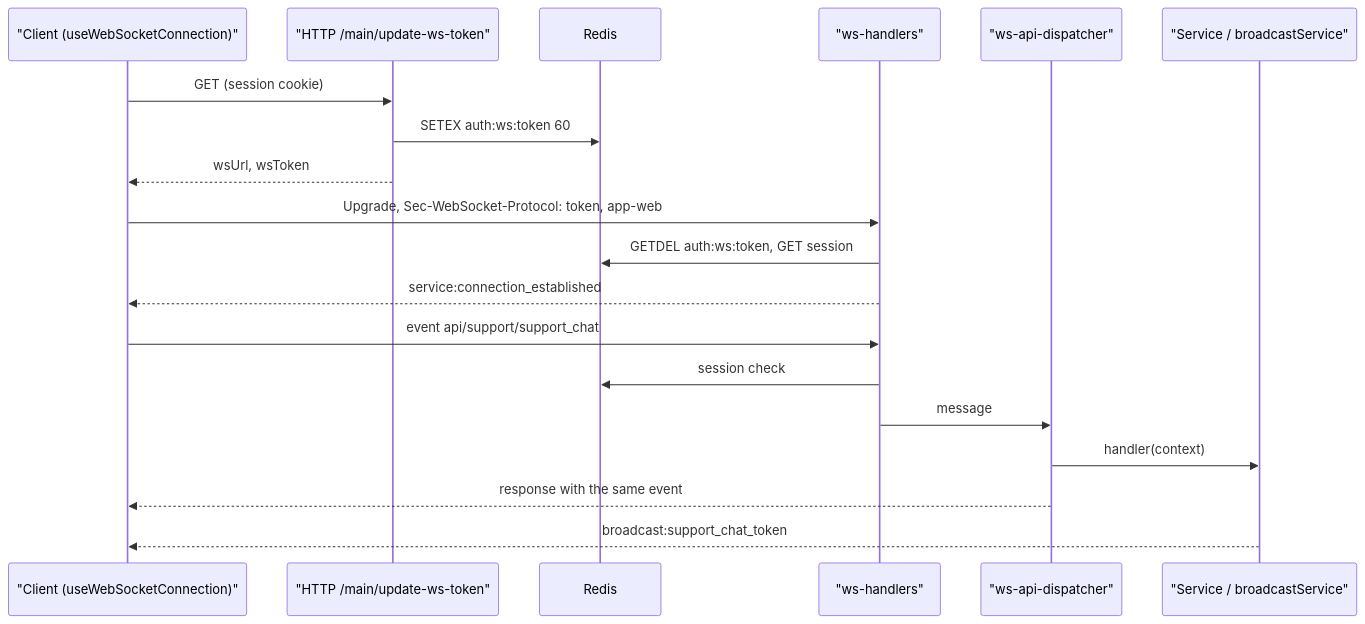
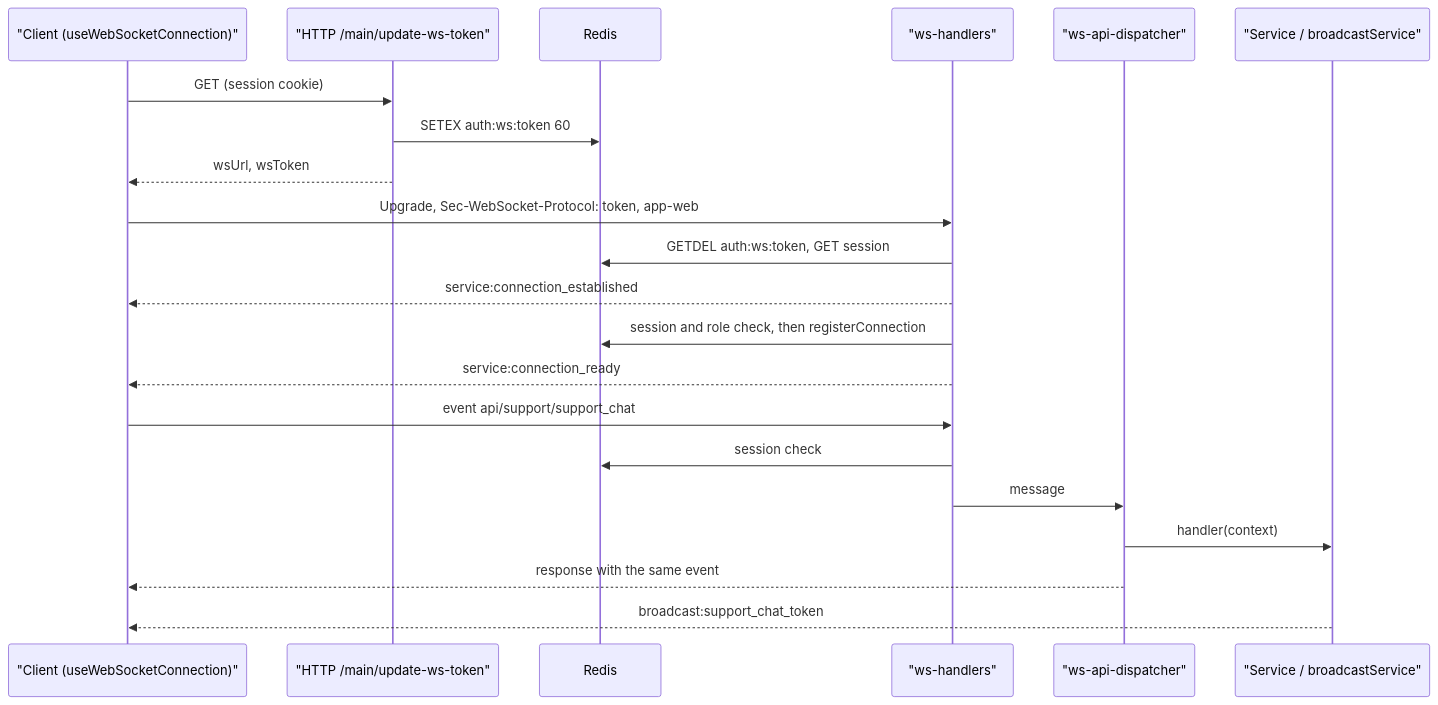
The diagram in documentation/en/backend/websocket.md (Blazheiko/vibe-template), drawn with Mermaid before and after one commit. The commit also changed other lines of this file and 17 other files, not shown here.

First line of the commit message:
Re-read the profile on service:connection_ready, sent after the socket is registered (re-review of #711, item 4)

````diff
--- a/documentation/en/backend/websocket.md
+++ b/documentation/en/backend/websocket.md
@@ -376,21 +376,23 @@
 ```mermaid
 sequenceDiagram
   participant C as "Client (useWebSocketConnection)"
   participant H as "HTTP /main/update-ws-token"
   participant R as Redis
   participant W as "ws-handlers"
   participant D as "ws-api-dispatcher"
   participant S as "Service / broadcastService"
   C->>H: GET (session cookie)
   H->>R: SETEX auth:ws:token 60
   H-->>C: wsUrl, wsToken
   C->>W: Upgrade, Sec-WebSocket-Protocol: token, app-web
   W->>R: GETDEL auth:ws:token, GET session
   W-->>C: service:connection_established
+  W->>R: session and role check, then registerConnection
+  W-->>C: service:connection_ready
   C->>W: event api/support/support_chat
   W->>R: session check
   W->>D: message
   D->>S: handler(context)
   D-->>C: response with the same event
   S-->>C: broadcast:support_chat_token
 ```
````
